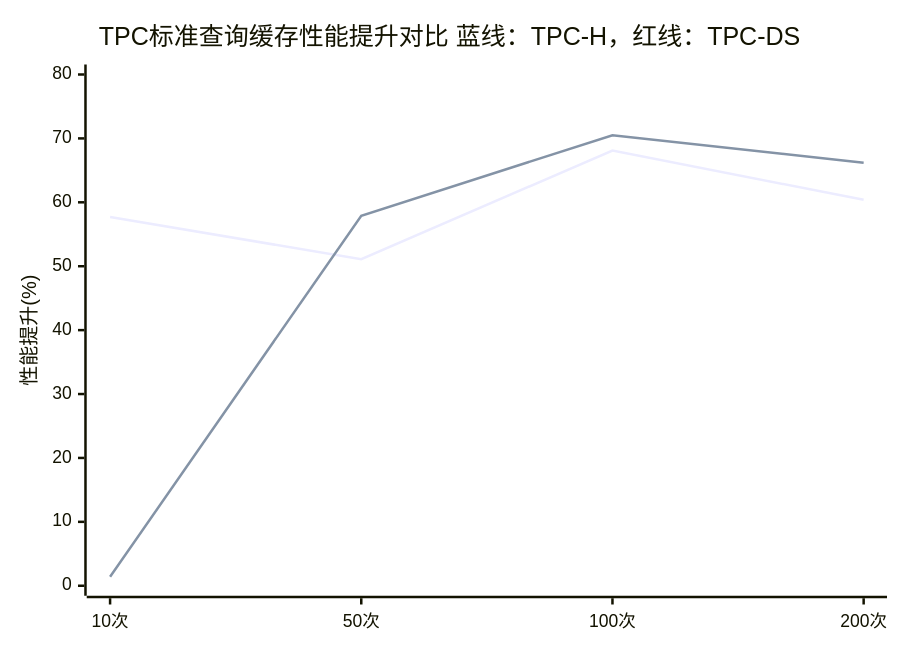
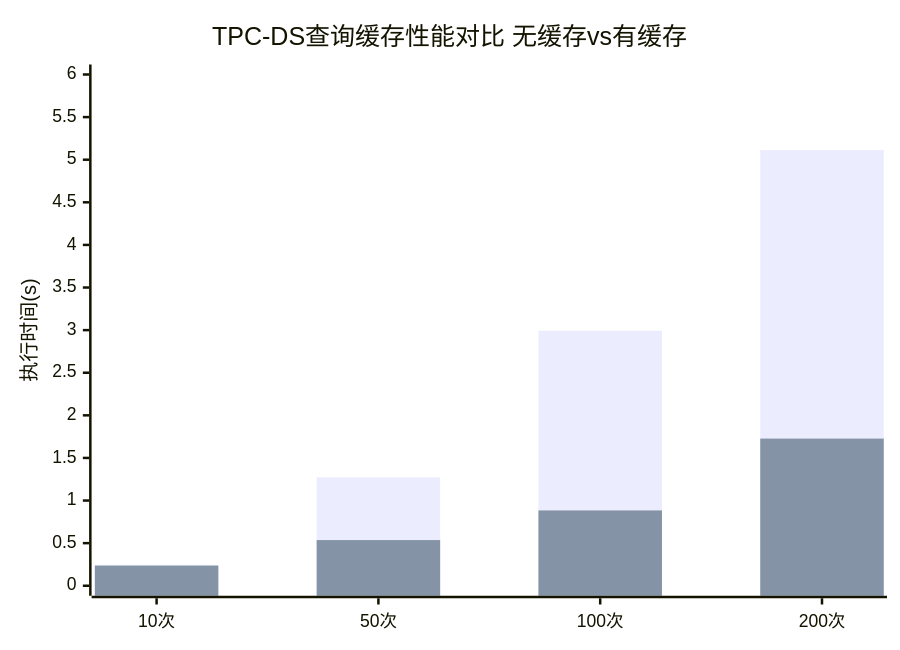
Before and after one commit to crazypenguincode/duckdb: the diagram in md/images/5-图5.12 TPC-DS查询缓存性能对比.mmd, drawn with Mermaid. The commit also changed 93 other files, not shown here.

```diff
--- a/md/images/5-图5.12 TPC-DS查询缓存性能对比.mmd
+++ b/md/images/5-图5.12 TPC-DS查询缓存性能对比.mmd
@@ -1,6 +1,6 @@
 xychart-beta
-    title "TPC标准查询缓存性能提升对比 蓝线：TPC-H，红线：TPC-DS"
+    title "TPC-DS查询缓存性能对比 无缓存vs有缓存"
     x-axis ["10次", "50次", "100次", "200次"]
-    y-axis "性能提升(%)" 0 --> 80
-    line [57.7, 51.1, 68.1, 60.4]
-    line [1.4, 57.9, 70.5, 66.2]
+    y-axis "执行时间(s)" 0 --> 6
+    bar [0.241, 1.272, 2.993, 5.113]
+    bar [0.237, 0.536, 0.884, 1.727]
```
